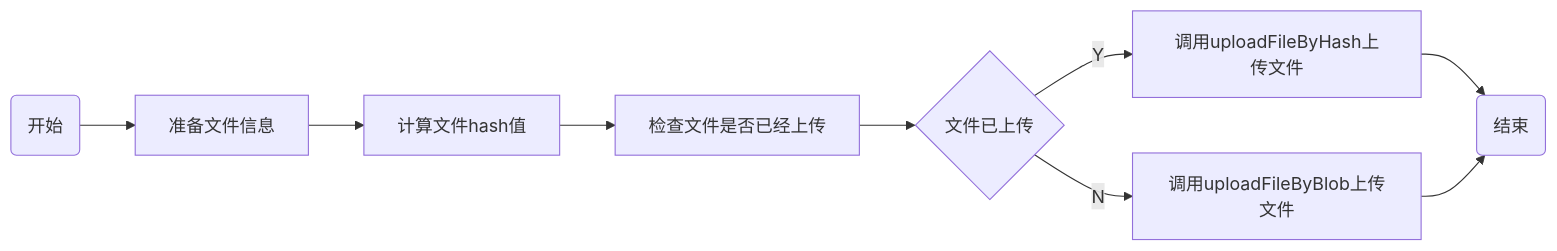
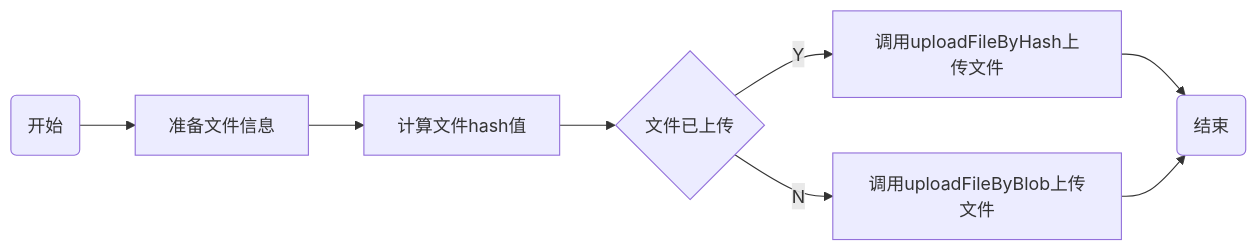
One commit to niuiic/file-service changed the fourth of 11 diagrams in README.md. Above: the diagram before and after it, drawn with Mermaid. The commit also changed other lines of this file, not shown here.

````diff
--- a/README.md
+++ b/README.md
@@ -107,26 +115,18 @@
 ```mermaid
 flowchart LR
-    start(开始)
-    start --> s1
+    start(开始) --> s1
 
-    s1[准备文件信息]
-    s1 --> s2
+    s1[准备文件信息] --> s2
 
-    s2[计算文件hash值]
-    s2 --> s3
-
-    s3[检查文件是否已经上传]
-    s3 --> s4
+    s2[计算文件hash值] --> s4
 
     s4{文件已上传}
     s4 --Y--> s5
     s4 --N--> s6
 
-    s5[调用uploadFileByHash上传文件]
-    s5 --> done
+    s5[调用uploadFileByHash上传文件] --> finish
 
-    s6[调用uploadFileByBlob上传文件]
-    s6 --> done
+    s6[调用uploadFileByBlob上传文件] --> finish
 
-    done(结束)
+    finish(结束)
 ```
````
